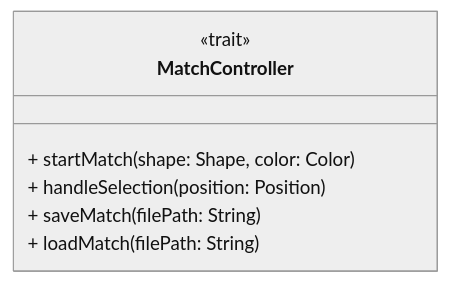
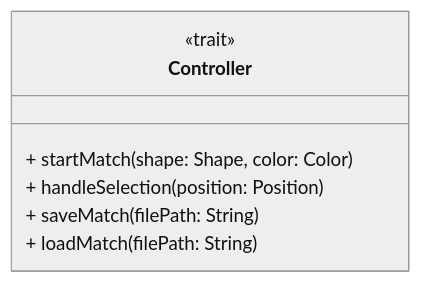
The tenth of 11 diagrams in docs/report/5-detailed-design.md (Borgotto/PPS-25-scalatello), drawn with Mermaid (neutral theme) before and after one commit. The commit also changed other lines of this file and 1 other file, not shown here.

Commit message:
Remove Match suffix from Logic and Controller

````diff
--- a/docs/report/5-detailed-design.md
+++ b/docs/report/5-detailed-design.md
@@ -244,10 +244,10 @@
 ```mermaid
 classDiagram
-  class MatchController {
+  class Controller {
     <<trait>>
     + startMatch(shape: Shape, color: Color)
     + handleSelection(position: Position)
     + saveMatch(filePath: String)
     + loadMatch(filePath: String)
   }
 ```
````
